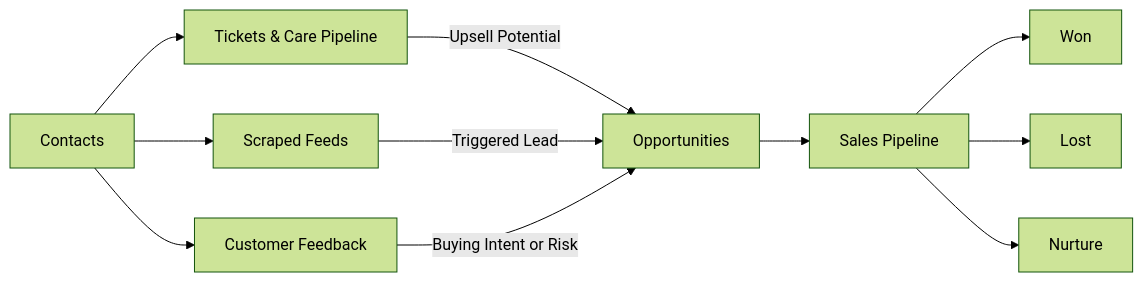
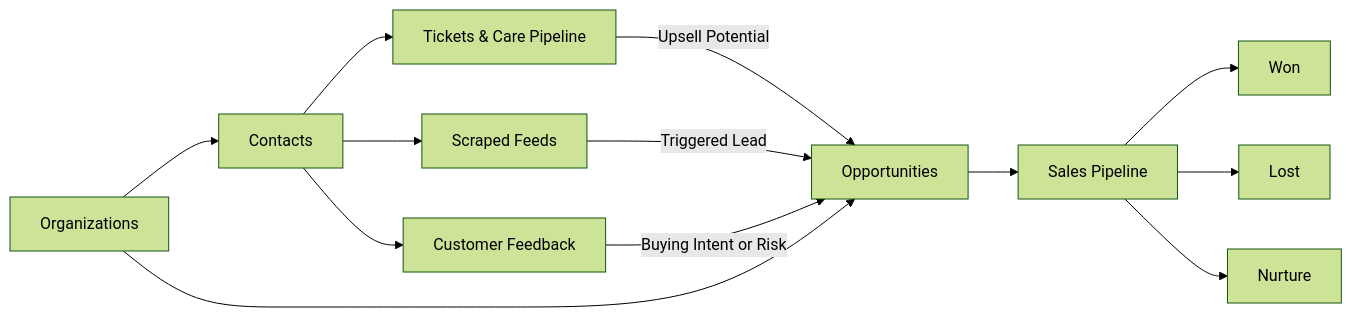
The first of 3 diagrams in care-sales-base.md (firman19/edu-airtable), drawn with Mermaid (forest theme) before and after one commit. The commit also changed other lines of this file and 2 other files, not shown here.

````diff
--- a/care-sales-base.md
+++ b/care-sales-base.md
@@ -161,15 +198,17 @@
 ```mermaid
 flowchart LR
+    ORG[Organizations] --> C[Contacts]
     C[Contacts] --> T[Tickets & Care Pipeline]
     C --> S[Scraped Feeds]
     C --> F[Customer Feedback]
 
     T -->|Upsell Potential| O[Opportunities]
     S -->|Triggered Lead| O
     F -->|Buying Intent or Risk| O
+    ORG --> O
 
     O --> P[Sales Pipeline]
     P --> W[Won]
     P --> L[Lost]
     P --> N[Nurture]
 ```
````
